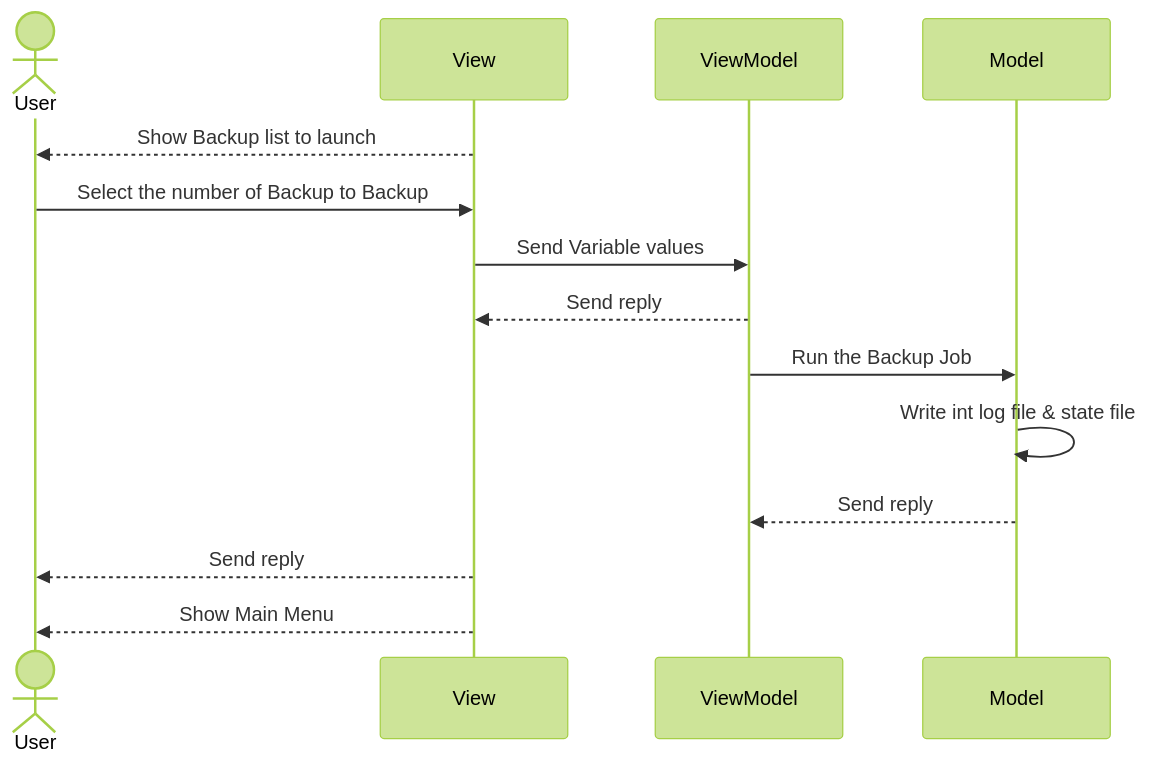
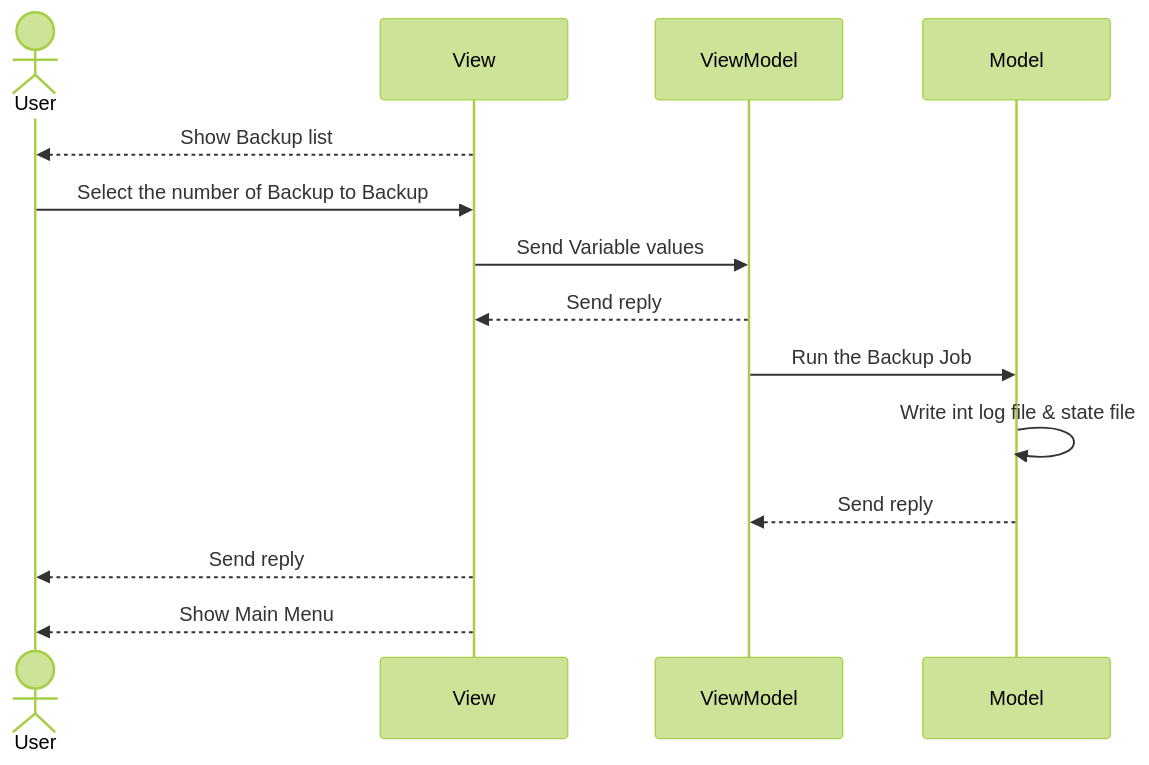
Before and after one commit to mboss7/CesiProgSys: the fifth of 7 diagrams in Diagrams/DiagSequences/DiagSequenceProjet.md, drawn with Mermaid (forest theme). The commit also changed other lines of this file, not shown here.

````diff
--- a/Diagrams/DiagSequences/DiagSequenceProjet.md
+++ b/Diagrams/DiagSequences/DiagSequenceProjet.md
@@ -49,14 +49,14 @@
 ```mermaid
 sequenceDiagram
 Actor User
 
-View -->>User: Show Backup list to launch
+View -->>User: Show Backup list
 User ->>View: Select the number of Backup to Backup
 View ->>ViewModel: Send Variable values
 ViewModel -->>View: Send reply 
 ViewModel ->>Model: Run the Backup Job
 Model ->>Model: Write int log file & state file
 Model -->>ViewModel: Send reply
 View -->>User: Send reply
 View -->>User: Show Main Menu
 ```
````
